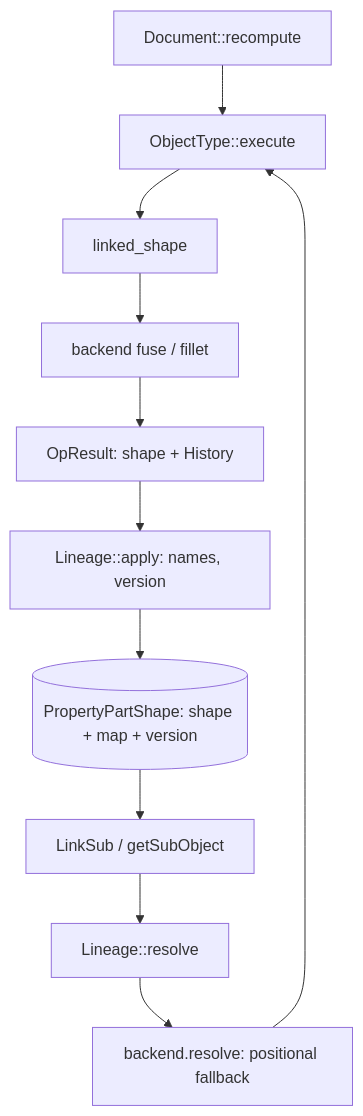
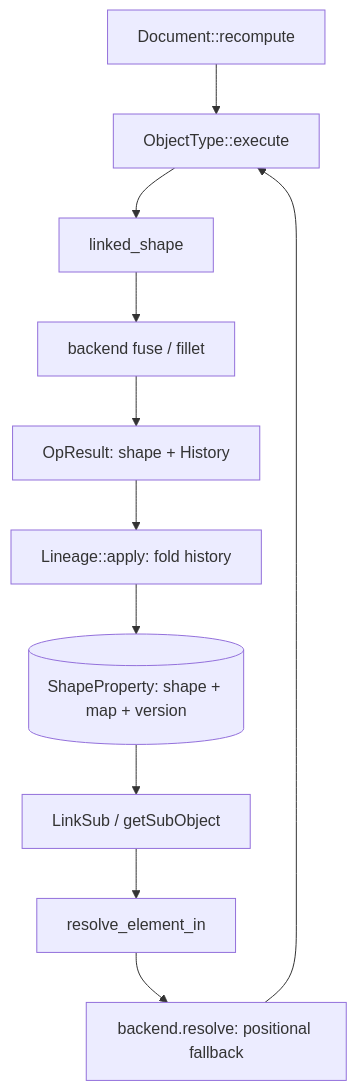
The diagram in docs/architecture/lineage-and-naming.md (ferrocad/ferrocad), drawn with Mermaid before and after one commit. The commit also changed other lines of this file and 3 other files, not shown here.

````diff
--- a/docs/architecture/lineage-and-naming.md
+++ b/docs/architecture/lineage-and-naming.md
@@ -204,9 +279,9 @@
 ```mermaid
 flowchart TD
     R["Document::recompute"] --> X["ObjectType::execute"]
     X --> L["linked_shape"] --> B["backend fuse / fillet"]
     B --> P["OpResult: shape + History"]
-    P --> M["Lineage::apply: names, version"] --> S[("PropertyPartShape: shape + map + version")]
-    S --> Q["LinkSub / getSubObject"] --> N["Lineage::resolve"]
+    P --> M["Lineage::apply: fold history"] --> S[("ShapeProperty: shape + map + version")]
+    S --> Q["LinkSub / getSubObject"] --> N["resolve_element_in"]
     N --> K["backend.resolve: positional fallback"] --> X
 ```
````
